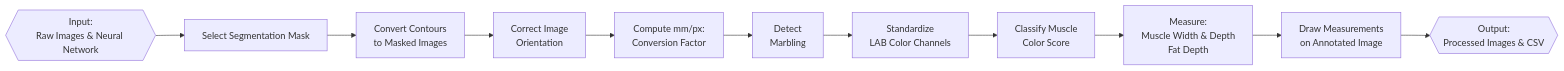
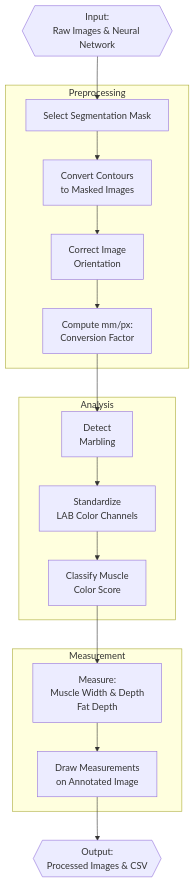
Before and after one commit to AAFC-Bioinfo-AAC/pork-vision: the diagram in README.md, drawn with Mermaid.

````diff
--- a/README.md
+++ b/README.md
@@ -77,13 +77,23 @@
 ```mermaid
-flowchart LR
-    A{{Input:<br>Raw Images & Neural Network}} --> B[Select Segmentation Mask]
-    B --> C[Convert Contours<br>to Masked Images]
-    C --> D[Correct Image<br>Orientation]
-    D --> E[Compute mm/px:<br>Conversion Factor]
-    E --> F[Detect<br>Marbling]
-    F --> G[Standardize<br>LAB Color Channels]
-    G --> H[Classify Muscle<br>Color Score]
-    H --> I[Measure:<br>Muscle Width & Depth<br>Fat Depth]
-    I --> J[Draw Measurements<br>on Annotated Image]
+flowchart TD
+    A{{Input:<br>Raw Images & Neural Network}} --> B
+
+    subgraph Preprocessing
+        B[Select Segmentation Mask] --> C[Convert Contours<br>to Masked Images]
+        C --> D[Correct Image<br>Orientation]
+        D --> E[Compute mm/px:<br>Conversion Factor]
+    end
+
+    subgraph Analysis
+        E --> F[Detect<br>Marbling]
+        F --> G[Standardize<br>LAB Color Channels]
+        G --> H[Classify Muscle<br>Color Score]
+    end
+
+    subgraph Measurement
+        H --> I[Measure:<br>Muscle Width & Depth<br>Fat Depth]
+        I --> J[Draw Measurements<br>on Annotated Image]
+    end
+
     J --> K{{Output:<br>Processed Images & CSV}}
 ```
````
